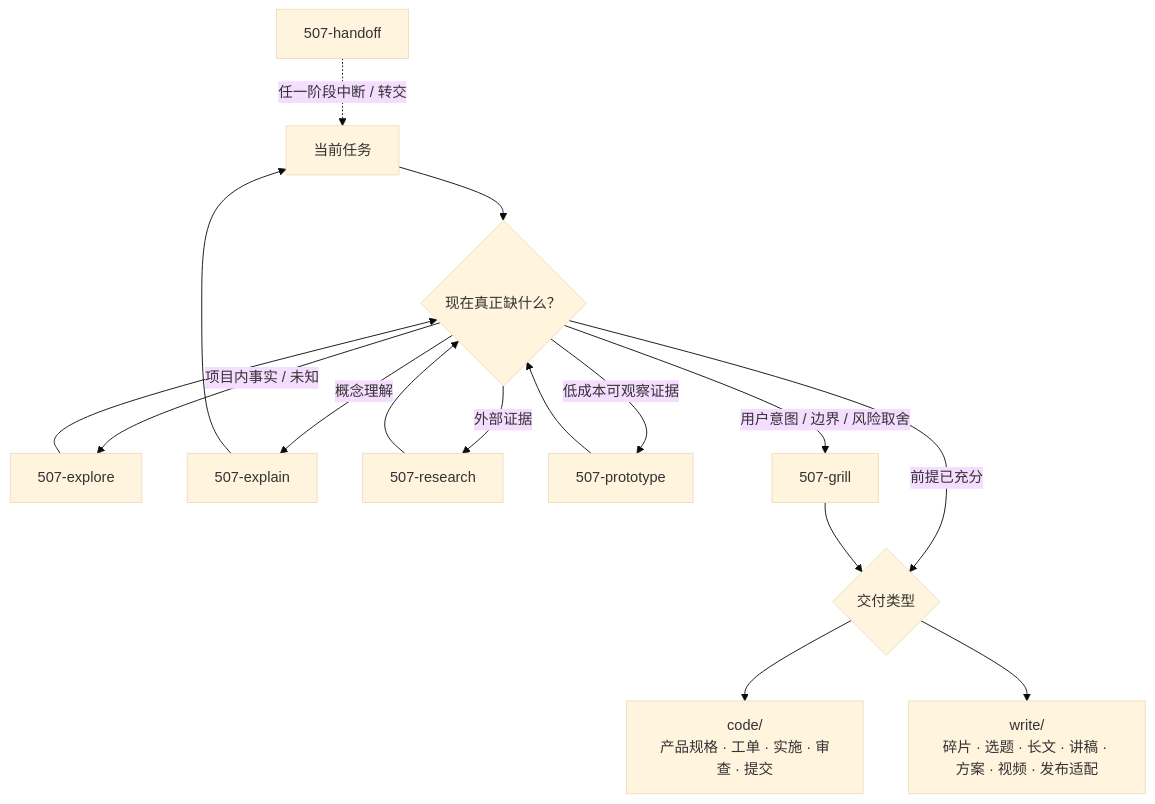
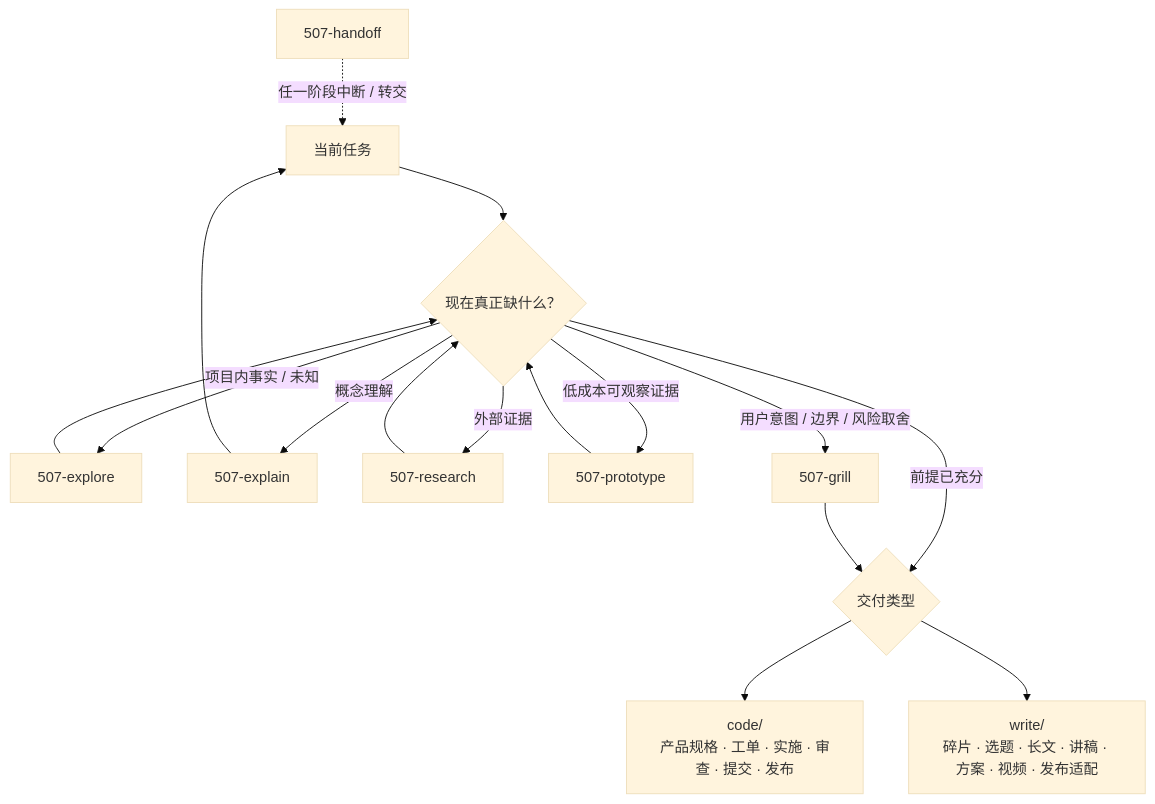
Before and after one commit to ssdiwu/507-skills: the diagram in README.md, drawn with Mermaid (base theme). The commit also changed other lines of this file and 8 other files, not shown here.

````diff
--- a/README.md
+++ b/README.md
@@ -20,21 +20,21 @@
 ```mermaid
 flowchart TD
     task["当前任务"] --> need{"现在真正缺什么？"}
 
     need -->|"项目内事实 / 未知"| explore["507-explore"]
     need -->|"概念理解"| explain["507-explain"]
     need -->|"外部证据"| research["507-research"]
     need -->|"低成本可观察证据"| prototype["507-prototype"]
     need -->|"用户意图 / 边界 / 风险取舍"| grill["507-grill"]
     need -->|"前提已充分"| delivery{"交付类型"}
 
     explore --> need
     explain --> task
     research --> need
     prototype --> need
     grill --> delivery
 
-    delivery --> code["code/<br/>产品规格 · 工单 · 实施 · 审查 · 提交"]
+    delivery --> code["code/<br/>产品规格 · 工单 · 实施 · 审查 · 提交 · 发布"]
     delivery --> write["write/<br/>碎片 · 选题 · 长文 · 讲稿 · 方案 · 视频 · 发布适配"]
     handoff["507-handoff"] -. "任一阶段中断 / 转交" .-> task
 ```
````
